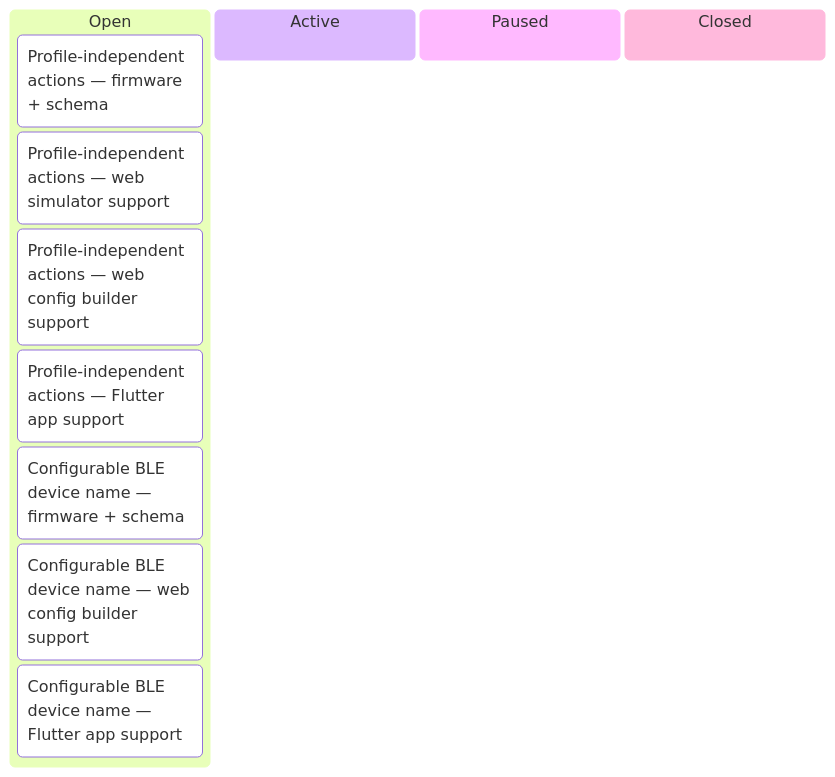
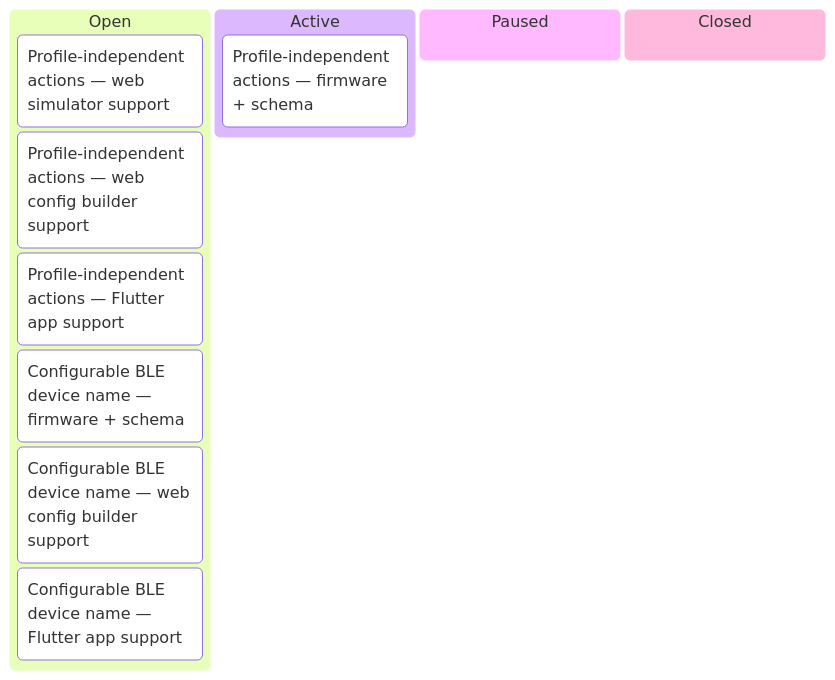
Before and after one commit to tgd1975/AwesomeStudioPedal: the first of 6 diagrams in docs/developers/tasks/KANBAN.md, drawn with Mermaid. The commit also changed other lines of this file and 60 other files, not shown here.

````diff
--- a/docs/developers/tasks/KANBAN.md
+++ b/docs/developers/tasks/KANBAN.md
@@ -11,14 +11,14 @@
 ```mermaid
 kanban
   Open
-    TASK_306["Profile-independent actions — firmware + schema"]
     TASK_307["Profile-independent actions — web simulator support"]
     TASK_308["Profile-independent actions — web config builder support"]
     TASK_309["Profile-independent actions — Flutter app support"]
     TASK_310["Configurable BLE device name — firmware + schema"]
     TASK_311["Configurable BLE device name — web config builder support"]
     TASK_312["Configurable BLE device name — Flutter app support"]
   Active
+    TASK_306["Profile-independent actions — firmware + schema"]
   Paused
   Closed
 ```
````
